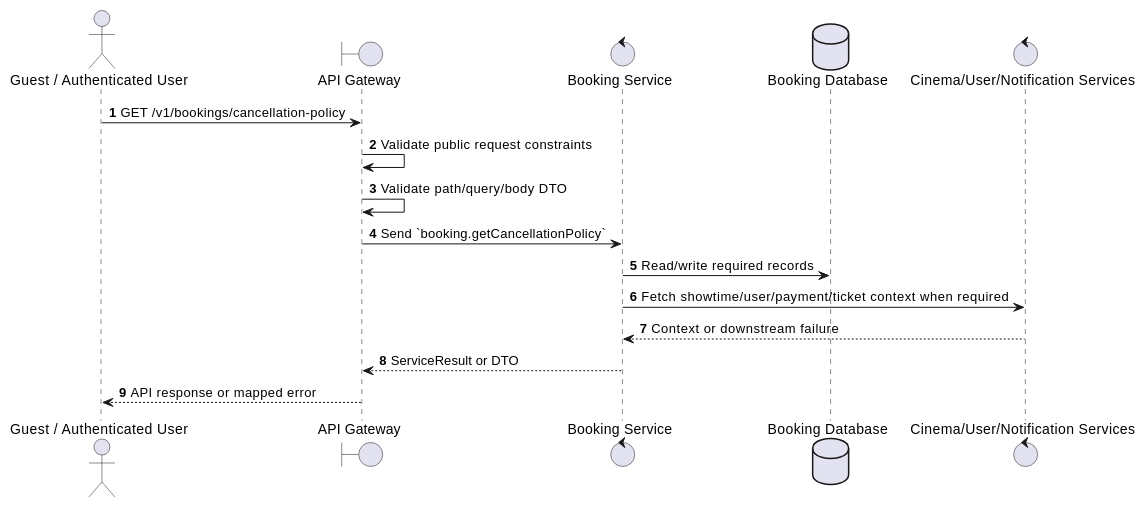
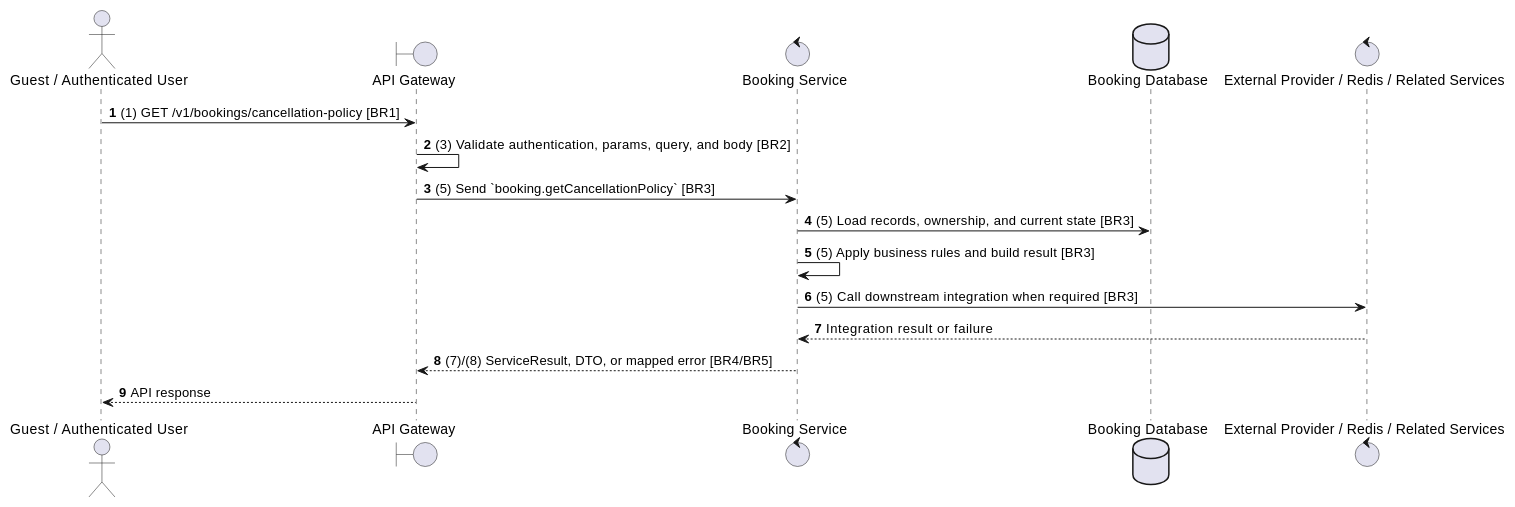
The second of 2 diagrams in docs/functional_specs/3.5.1_User_Booking_Operations/BK-11_Get_Cancellation_Policy.md (Tanh1603/movie-hub-architecture), drawn with PlantUML before and after one commit. The commit also changed other lines of this file and 129 other files, not shown here.

````diff
--- a/docs/functional_specs/3.5.1_User_Booking_Operations/BK-11_Get_Cancellation_Policy.md
+++ b/docs/functional_specs/3.5.1_User_Booking_Operations/BK-11_Get_Cancellation_Policy.md
@@ -17,20 +64,20 @@
 ```plantuml
 @startuml
 autonumber
 actor "Guest / Authenticated User" as Actor
 boundary "API Gateway" as GW
 control "Booking Service" as SVC
 database "Booking Database" as DB
-control "Cinema/User/Notification Services" as EXT
+control "External Provider / Redis / Related Services" as EXT
 
-Actor -> GW: GET /v1/bookings/cancellation-policy
-GW -> GW: Validate public request constraints
-GW -> GW: Validate path/query/body DTO
-GW -> SVC: Send `booking.getCancellationPolicy`
-SVC -> DB: Read/write required records
-SVC -> EXT: Fetch showtime/user/payment/ticket context when required
-EXT --> SVC: Context or downstream failure
-SVC --> GW: ServiceResult or DTO
-GW --> Actor: API response or mapped error
+Actor -> GW: (1) GET /v1/bookings/cancellation-policy [BR1]
+GW -> GW: (3) Validate authentication, params, query, and body [BR2]
+GW -> SVC: (5) Send `booking.getCancellationPolicy` [BR3]
+SVC -> DB: (5) Load records, ownership, and current state [BR3]
+SVC -> SVC: (5) Apply business rules and build result [BR3]
+SVC -> EXT: (5) Call downstream integration when required [BR3]
+EXT --> SVC: Integration result or failure
+SVC --> GW: (7)/(8) ServiceResult, DTO, or mapped error [BR4/BR5]
+GW --> Actor: API response
 @enduml
 ```
````
